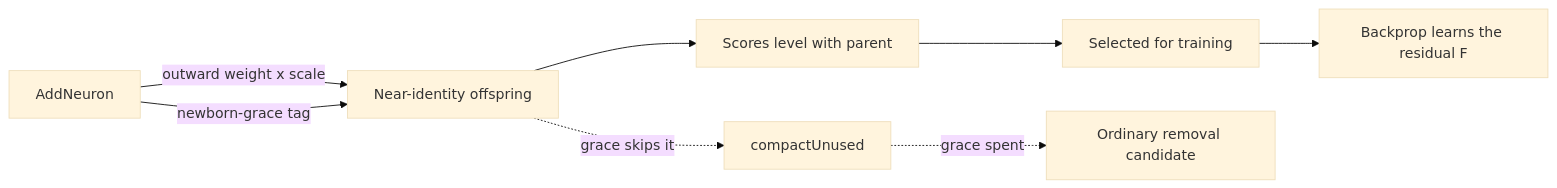
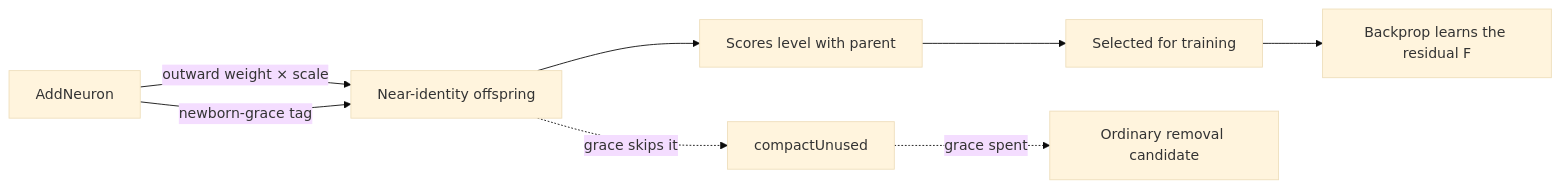
One commit to stSoftwareAU/NEAT-AI changed the second of 2 diagrams in docs/config/MUTATION_ADAPTATION.md. Above: the diagram before and after it, drawn with Mermaid (base theme). The commit also changed other lines of this file and 13 other files, not shown here.

````diff
--- a/docs/config/MUTATION_ADAPTATION.md
+++ b/docs/config/MUTATION_ADAPTATION.md
@@ -230,10 +239,10 @@
 ```mermaid
 flowchart LR
-    A[AddNeuron] -->|outward weight x scale| B[Near-identity offspring]
+    A[AddNeuron] -->|outward weight × scale| B[Near-identity offspring]
     A -->|newborn-grace tag| B
     B --> C[Scores level with parent]
     C --> D[Selected for training]
     D --> E[Backprop learns the residual F]
     B -.->|grace skips it| F[compactUnused]
     F -.->|grace spent| G[Ordinary removal candidate]
 ```
````
